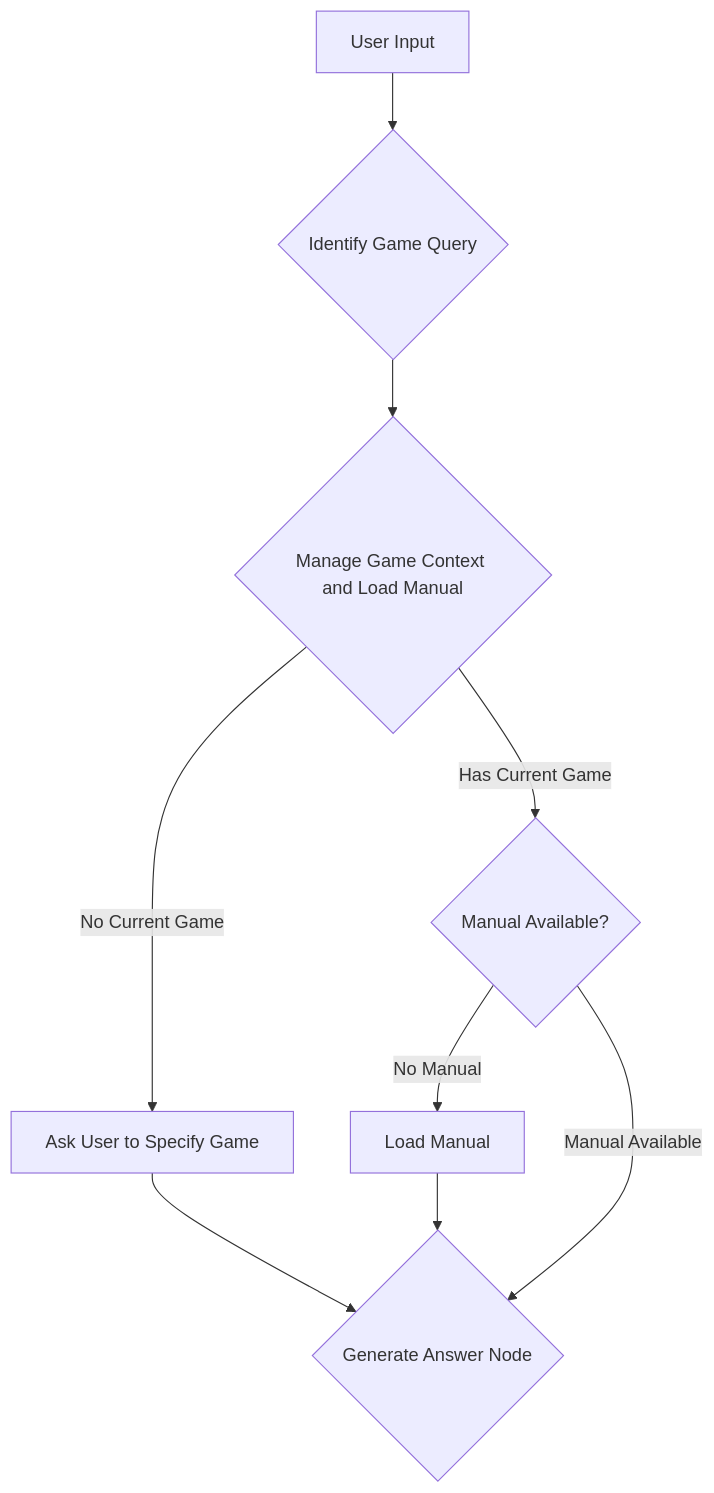
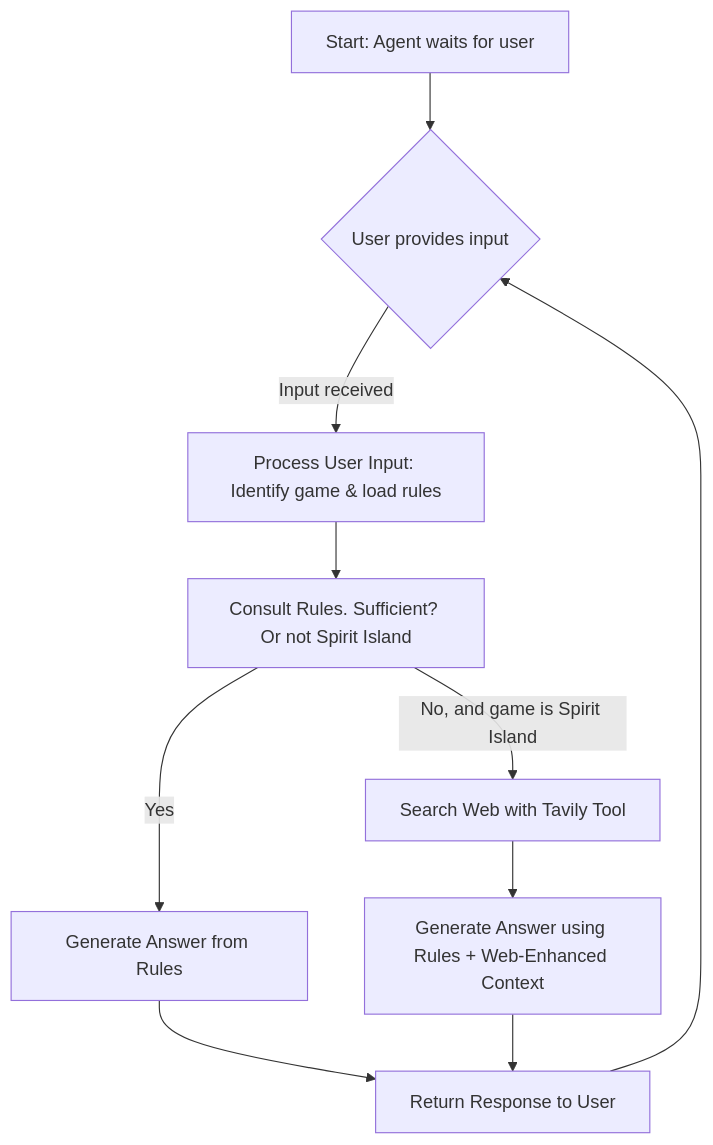
One commit to fmathews11/board_game_rules_assistant changed the diagram in README.md. Above: the diagram before and after it, drawn with Mermaid.

Commit message:
Updated mermaid diagram to reflect tool usage

````diff
--- a/README.md
+++ b/README.md
@@ -44,12 +44,13 @@
 ```mermaid
 graph TD
-    A[User Input] --> B{Identify Game Query};
-    B --> C{Manage Game Context and Load Manual};
-    C -- No Current Game --> D[Ask User to Specify Game];
-    C -- Has Current Game --> E{Manual Available?};
-    E -- No Manual --> F[Load Manual];
-    E -- Manual Available --> G{Generate Answer Node};
-    D --> G;
-    F --> G;
+    A[Start: Agent waits for user] --> B{User provides input};
+    B -- Input received --> C[Process User Input: Identify game & load rules];
+    C --> D[Consult Rules. Sufficient? Or not Spirit Island];
+    D -- Yes --> E[Generate Answer from Rules];
+    D -- No, and game is Spirit Island --> F[Search Web with Tavily Tool];
+    F --> G[Generate Answer using Rules + Web-Enhanced Context];
+    E --> H[Return Response to User];
+    G --> H;
+    H --> B;
 
 ```
````
